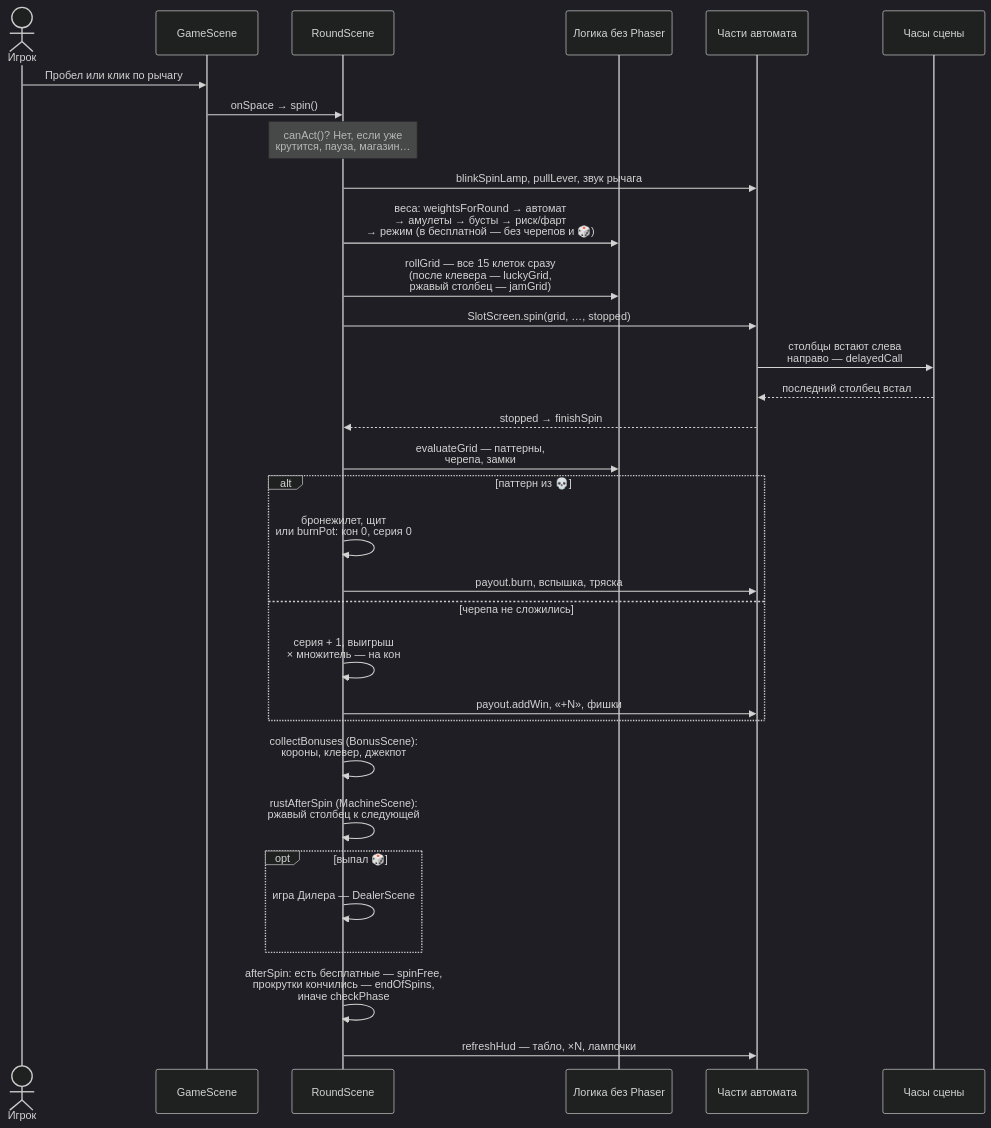
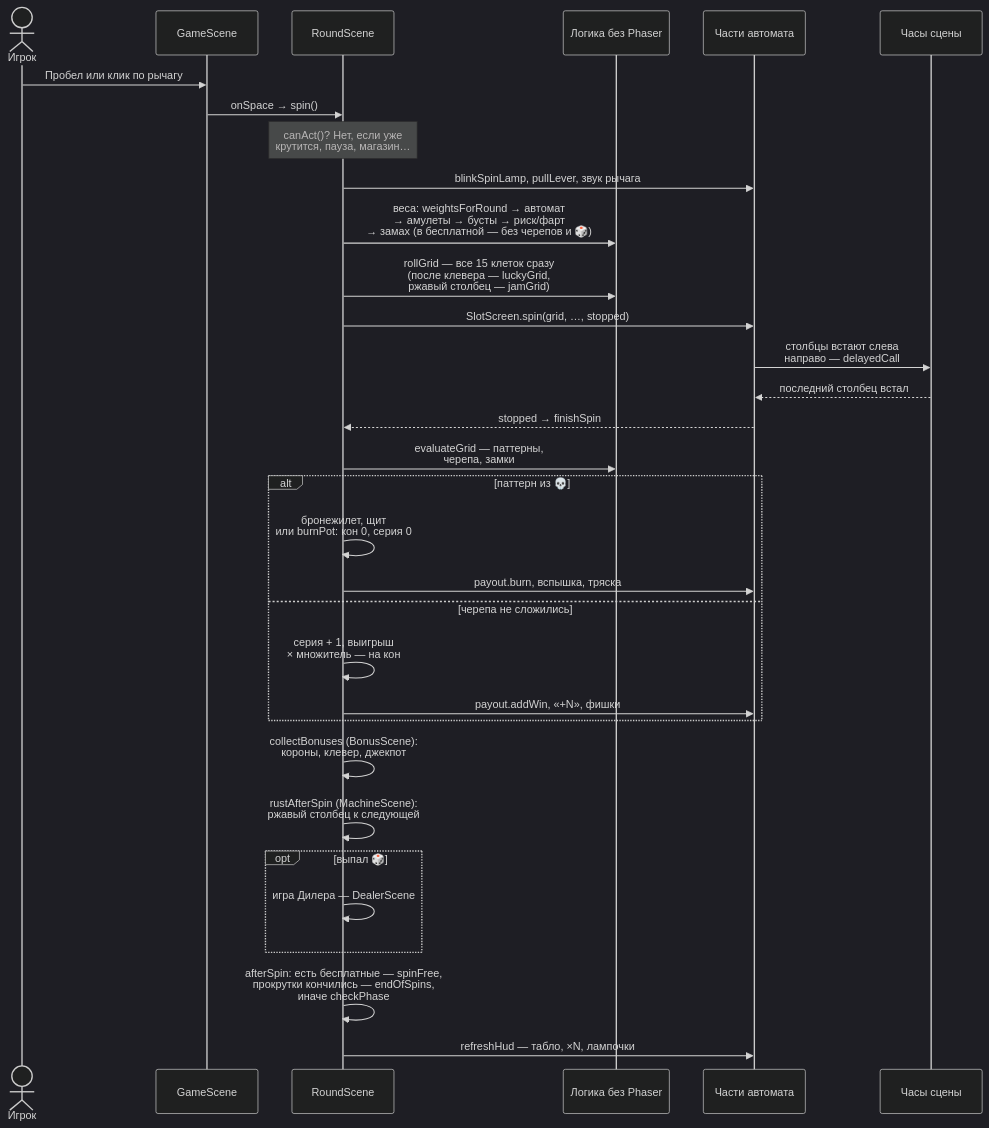
One commit to LILcmetanka/dolgovaya-yama changed the third of 3 diagrams in ARCHITECTURE.md. Above: the diagram before and after it, drawn with Mermaid (dark theme). The commit also changed other lines of this file and 10 other files, not shown here.

````diff
--- a/ARCHITECTURE.md
+++ b/ARCHITECTURE.md
@@ -140,35 +140,35 @@
 ```mermaid
 sequenceDiagram
   actor P as Игрок
   participant GS as GameScene
   participant RS as RoundScene
   participant L as Логика без Phaser
   participant UI as Части автомата
   participant T as Часы сцены
 
   P->>GS: Пробел или клик по рычагу
   GS->>RS: onSpace → spin()
   Note over RS: canAct()? Нет, если уже<br/>крутится, пауза, магазин…
   RS->>UI: blinkSpinLamp, pullLever, звук рычага
-  RS->>L: веса: weightsForRound → автомат<br/>→ амулеты → бусты → риск/фарт<br/>→ режим (в бесплатной — без черепов и 🎲)
+  RS->>L: веса: weightsForRound → автомат<br/>→ амулеты → бусты → риск/фарт<br/>→ замах (в бесплатной — без черепов и 🎲)
   RS->>L: rollGrid — все 15 клеток сразу<br/>(после клевера — luckyGrid,<br/>ржавый столбец — jamGrid)
   RS->>UI: SlotScreen.spin(grid, …, stopped)
   UI->>T: столбцы встают слева<br/>направо — delayedCall
   T-->>UI: последний столбец встал
   UI-->>RS: stopped → finishSpin
   RS->>L: evaluateGrid — паттерны,<br/>черепа, замки
   alt паттерн из 💀
     RS->>RS: бронежилет, щит<br/>или burnPot: кон 0, серия 0
     RS->>UI: payout.burn, вспышка, тряска
   else черепа не сложились
     RS->>RS: серия + 1, выигрыш<br/>× множитель — на кон
     RS->>UI: payout.addWin, «+N», фишки
   end
   RS->>RS: collectBonuses (BonusScene):<br/>короны, клевер, джекпот
   RS->>RS: rustAfterSpin (MachineScene):<br/>ржавый столбец к следующей
   opt выпал 🎲
     RS->>RS: игра Дилера — DealerScene
   end
   RS->>RS: afterSpin: есть бесплатные — spinFree,<br/>прокрутки кончились — endOfSpins,<br/>иначе checkPhase
   RS->>UI: refreshHud — табло, ×N, лампочки
 ```
````
